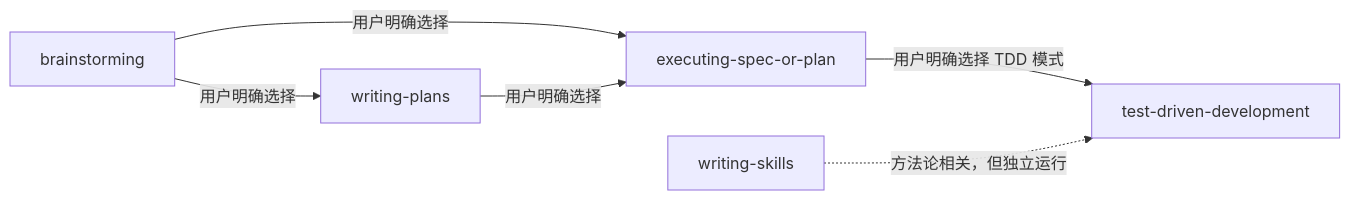
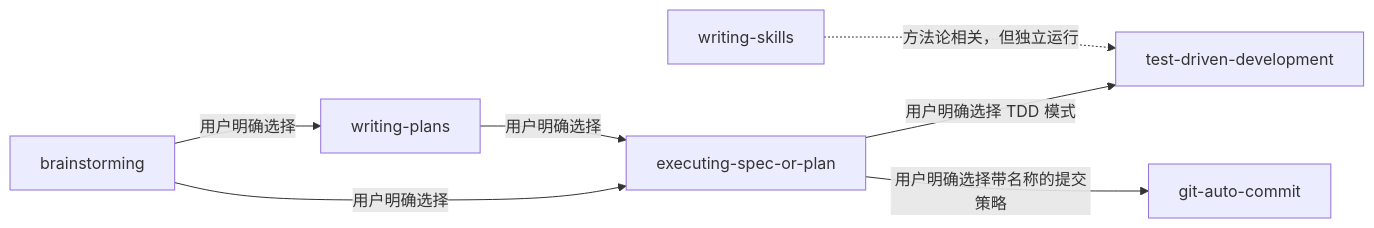
The first of 4 diagrams in docs/wiki.md (cmstar/hyperpowers-skills), drawn with Mermaid before and after one commit. The commit also changed other lines of this file and 2 other files, not shown here.

Commit message:
让执行器按用户选择在任务边界调用 git-auto-commit

````diff
--- a/docs/wiki.md
+++ b/docs/wiki.md
@@ -231,8 +232,9 @@
 ```mermaid
 flowchart LR
     B["brainstorming"] -->|"用户明确选择"| P["writing-plans"]
     B -->|"用户明确选择"| E["executing-spec-or-plan"]
     P -->|"用户明确选择"| E
     E -->|"用户明确选择 TDD 模式"| T["test-driven-development"]
+    E -->|"用户明确选择带名称的提交策略"| G["git-auto-commit"]
     W["writing-skills"] -. "方法论相关，但独立运行" .-> T
 ```
````
